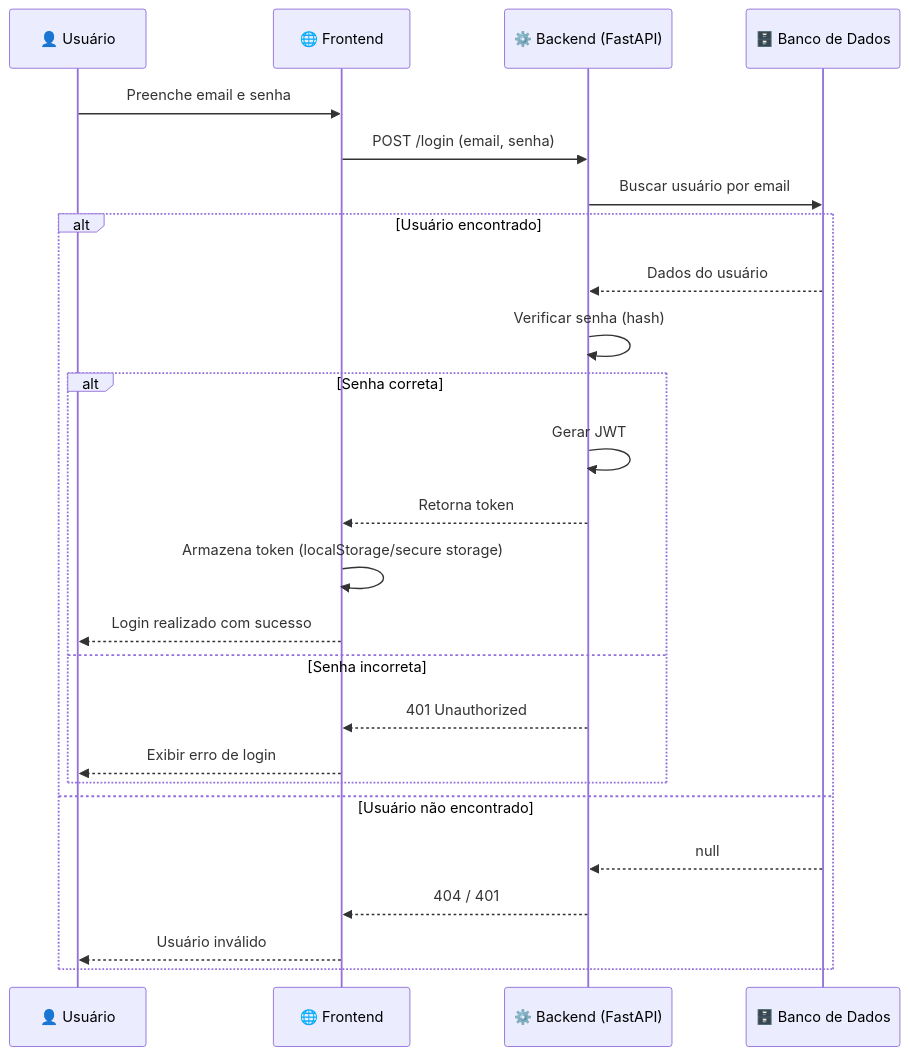
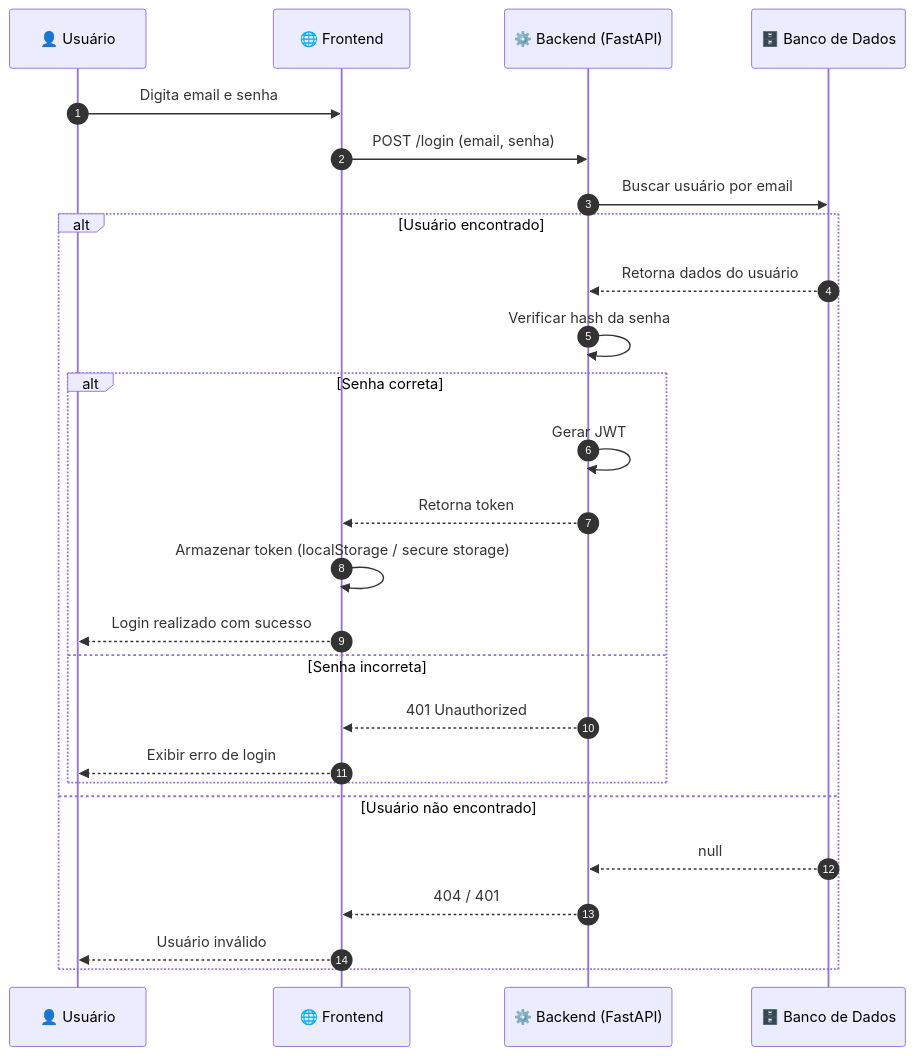
The third of 8 diagrams in README.md (Kevyn02/TaskFlow), drawn with Mermaid before and after one commit. The commit also changed other lines of this file, not shown here.

Commit message:
docs: corrigir diagrama de sequência e adicionar fluxo de status por projeto

````diff
--- a/README.md
+++ b/README.md
@@ -558,35 +558,40 @@
 ```mermaid id="seq-login-basic"
 sequenceDiagram
-
+    autonumber
     participant U as 👤 Usuário
     participant FE as 🌐 Frontend
     participant API as ⚙️ Backend (FastAPI)
     participant DB as 🗄️ Banco de Dados
 
-    U->>FE: Preenche email e senha
+    %% 1. Preencher credenciais
+    U->>FE: Digita email e senha
     FE->>API: POST /login (email, senha)
 
+    %% 2. Buscar usuário
     API->>DB: Buscar usuário por email
 
     alt Usuário encontrado
-        DB-->>API: Dados do usuário
+        DB-->>API: Retorna dados do usuário
 
-        API->>API: Verificar senha (hash)
+        %% 3. Verificar senha
+        API->>API: Verificar hash da senha
 
         alt Senha correta
+            %% 4. Gerar token
             API->>API: Gerar JWT
             API-->>FE: Retorna token
 
-            FE->>FE: Armazena token (localStorage/secure storage)
+            %% 5. Armazenar token
+            FE->>FE: Armazenar token (localStorage / secure storage)
             FE-->>U: Login realizado com sucesso
         else Senha incorreta
             API-->>FE: 401 Unauthorized
             FE-->>U: Exibir erro de login
         end
 
     else Usuário não encontrado
         DB-->>API: null
         API-->>FE: 404 / 401
         FE-->>U: Usuário inválido
     end
 ```
````
